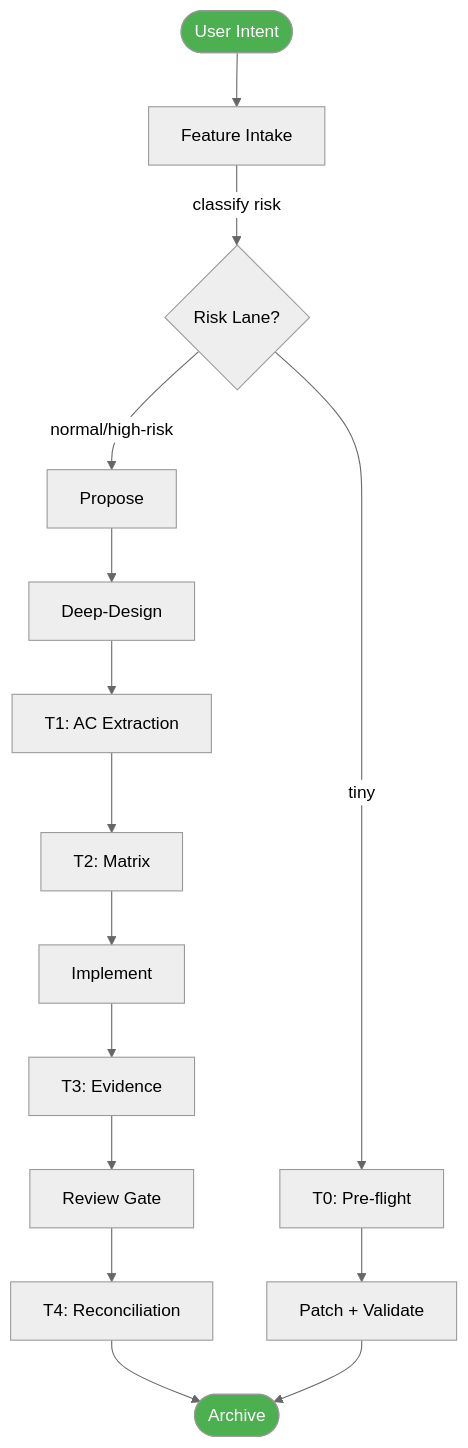
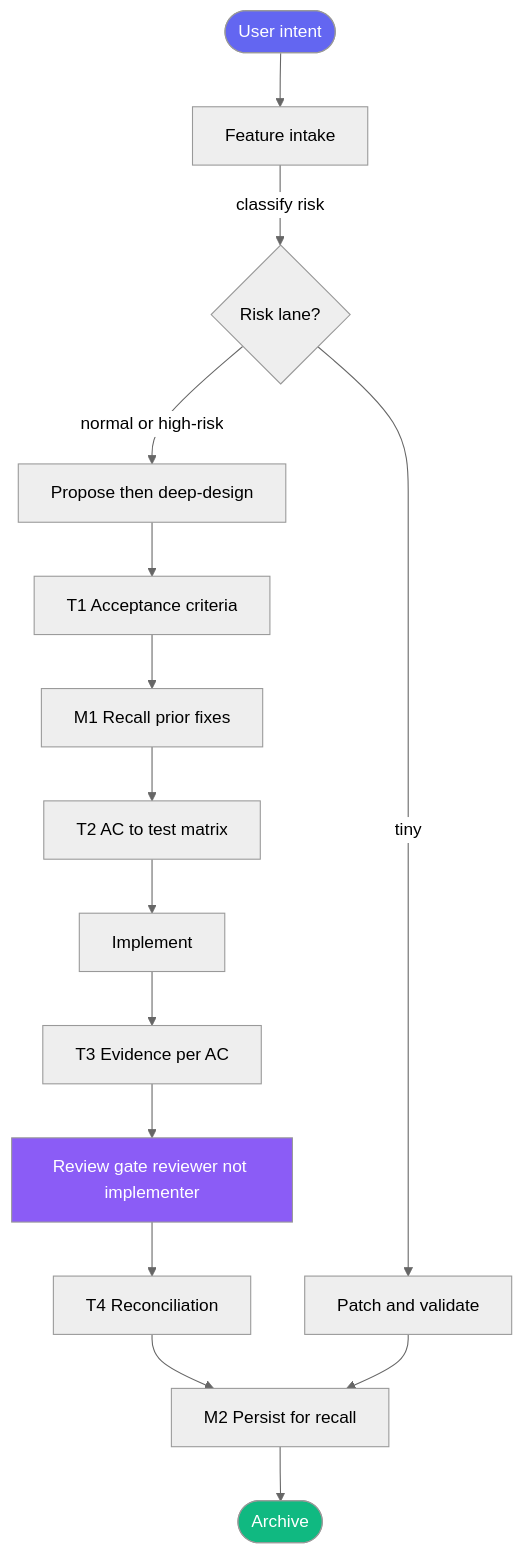
The first of 3 diagrams in README.md (hoainho/janus), drawn with Mermaid (neutral theme) before and after one commit. The commit also changed other lines of this file and 3 other files, not shown here.

````diff
--- a/README.md
+++ b/README.md
@@ -89,20 +129,21 @@
 ```mermaid
 flowchart TD
-    START([User Intent]) --> INTAKE[Feature Intake]
-    INTAKE --> |classify risk| LANE{Risk Lane?}
-    LANE --> |tiny| T0[T0: Pre-flight]
-    LANE --> |normal/high-risk| PROPOSE[Propose]
-    T0 --> PATCH[Patch + Validate]
-    PROPOSE --> DEEP[Deep-Design]
-    DEEP --> T1[T1: AC Extraction]
-    T1 --> T2[T2: Matrix]
-    T2 --> IMPLEMENT[Implement]
-    IMPLEMENT --> T3[T3: Evidence]
-    T3 --> REVIEW[Review Gate]
-    REVIEW --> T4[T4: Reconciliation]
-    T4 --> ARCHIVE([Archive])
-    PATCH --> ARCHIVE
-    
-    style START fill:#4CAF50,color:#fff
-    style ARCHIVE fill:#4CAF50,color:#fff
+    START([User intent]) --> INTAKE[Feature intake]
+    INTAKE -->|classify risk| LANE{Risk lane?}
+    LANE -->|tiny| PATCH[Patch and validate]
+    LANE -->|normal or high-risk| PROPOSE[Propose then deep-design]
+    PROPOSE --> T1[T1 Acceptance criteria]
+    T1 --> M1[M1 Recall prior fixes]
+    M1 --> T2[T2 AC to test matrix]
+    T2 --> IMPL[Implement]
+    IMPL --> T3[T3 Evidence per AC]
+    T3 --> REVIEW[Review gate reviewer not implementer]
+    REVIEW --> T4[T4 Reconciliation]
+    T4 --> M2[M2 Persist for recall]
+    PATCH --> M2
+    M2 --> ARCHIVE([Archive])
+
+    style START fill:#6366F1,color:#fff
+    style ARCHIVE fill:#10B981,color:#fff
+    style REVIEW fill:#8B5CF6,color:#fff
 ```
````
